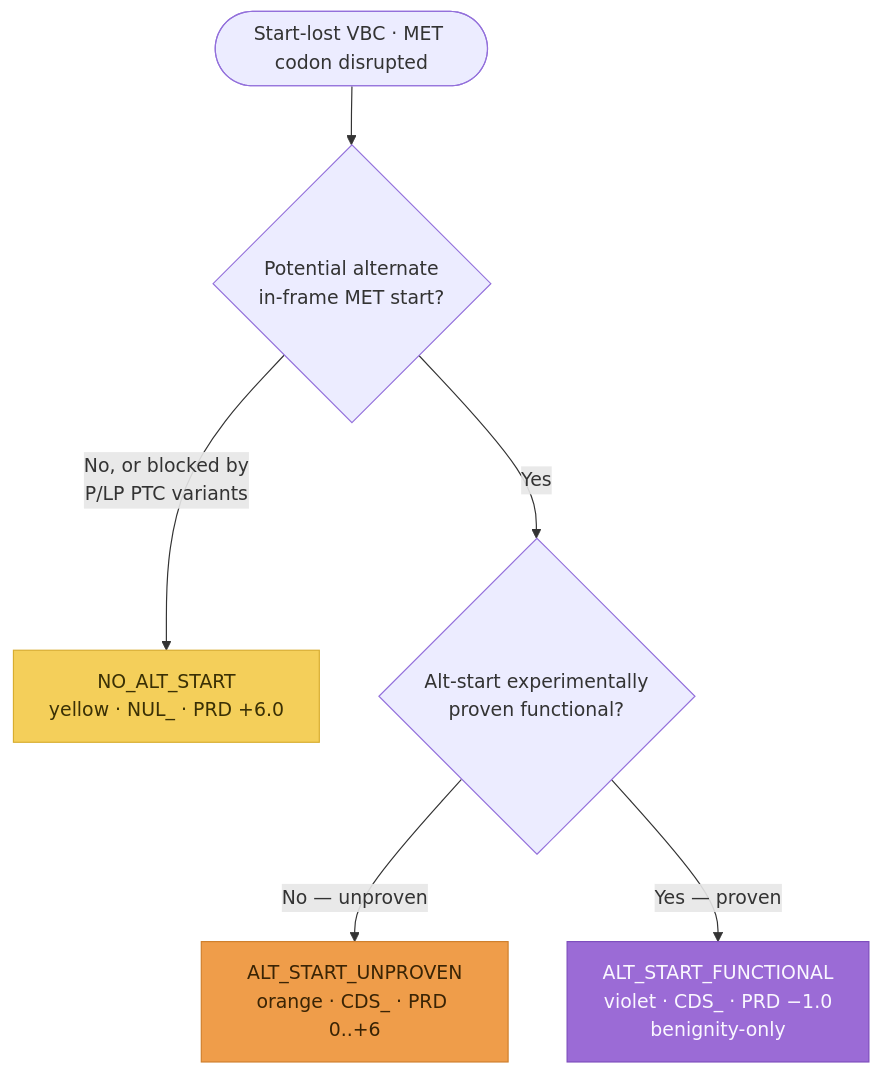
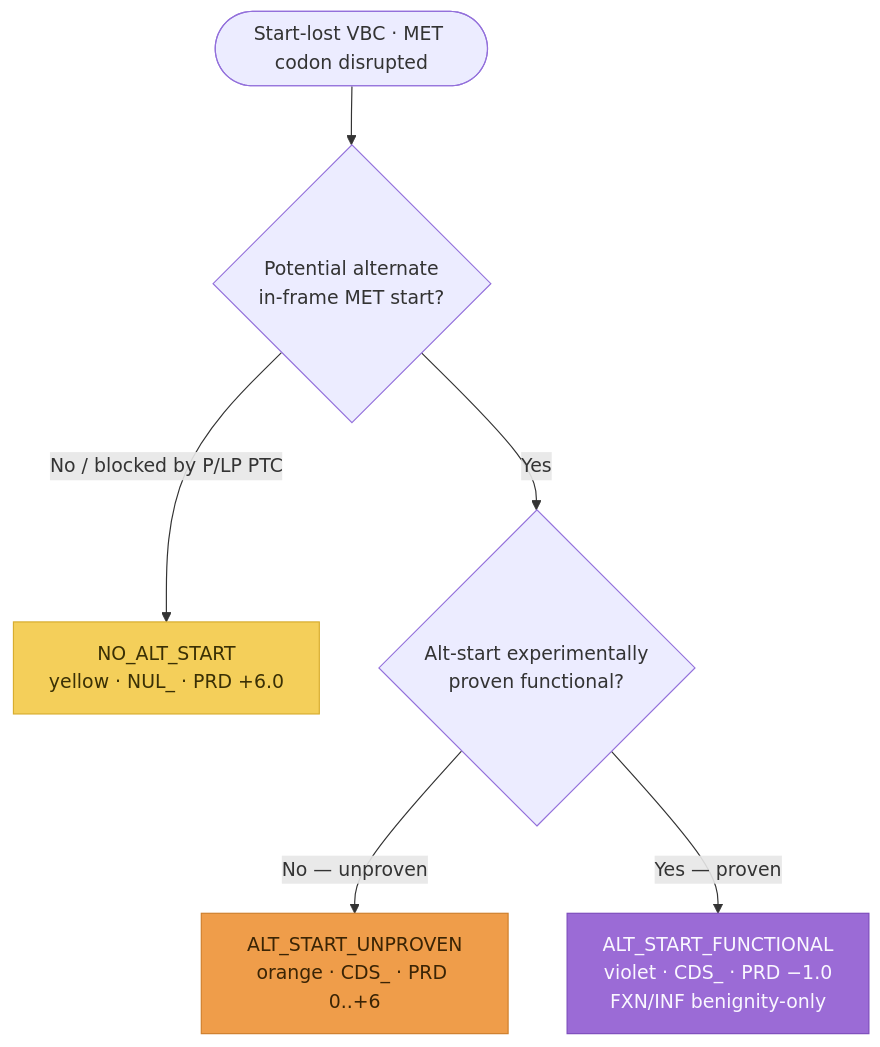
One commit to clingen-data-model/svcv4-model changed the diagram in docs/workflows/pfd/start-lost.md. Above: the diagram before and after it, drawn with Mermaid. The commit also changed 1 other file, not shown here.

Commit message:
docs+test: simplify mermaid edge label, clarify violet node, add orange round-trip
Addresses code-review:
- removed <br/> from a mermaid edge label (unvalidated construct, strict can't
  check it) -> single-line label; all remaining <br/> are in node labels.
- violet node label now 'FXN/INF benignity-only' (was ambiguous re: PRD).
- new ALT_START_UNPROVEN round-trip covering the orange CDS_ held prd_fxn_combined.

````diff
--- a/docs/workflows/pfd/start-lost.md
+++ b/docs/workflows/pfd/start-lost.md
@@ -23,12 +23,12 @@
 ```mermaid
 flowchart TD
     START([Start-lost VBC · MET codon disrupted]) --> D1{Potential alternate<br/>in-frame MET start?}
-    D1 -->|No, or blocked by<br/>P/LP PTC variants| YEL[NO_ALT_START<br/>yellow · NUL_ · PRD +6.0]:::yellow
+    D1 -->|No / blocked by P/LP PTC| YEL[NO_ALT_START<br/>yellow · NUL_ · PRD +6.0]:::yellow
     D1 -->|Yes| D2{Alt-start experimentally<br/>proven functional?}
     D2 -->|No — unproven| ORA[ALT_START_UNPROVEN<br/>orange · CDS_ · PRD 0..+6]:::orange
-    D2 -->|Yes — proven| VIO[ALT_START_FUNCTIONAL<br/>violet · CDS_ · PRD −1.0<br/>benignity-only]:::violet
+    D2 -->|Yes — proven| VIO[ALT_START_FUNCTIONAL<br/>violet · CDS_ · PRD −1.0<br/>FXN/INF benignity-only]:::violet
 
     classDef yellow fill:#f4cf5a,stroke:#d8ad2f,color:#3a3005;
     classDef orange fill:#ef9d4a,stroke:#cf7f2c,color:#3a2405;
     classDef violet fill:#9b6bd6,stroke:#7d4dbd,color:#faf7ff;
 ```
````
